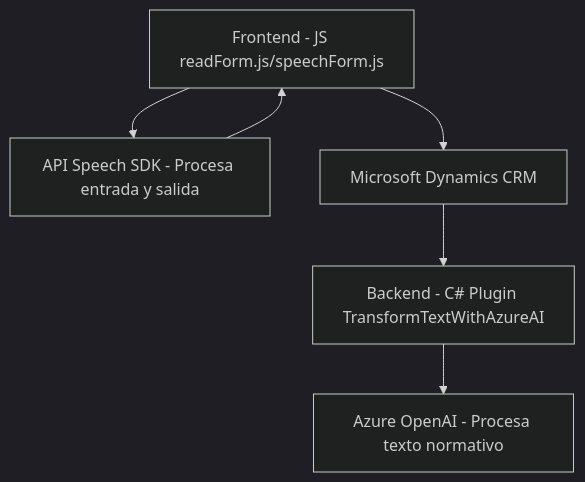
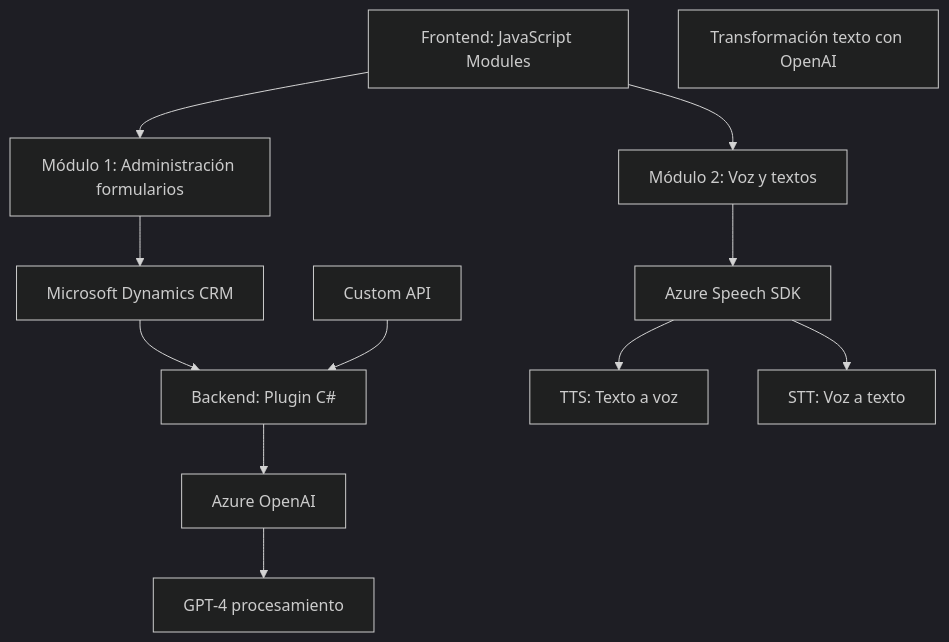
One commit to blopezdm/NETCORE_BILBAO2025 changed the diagram in README.md. Above: the diagram before and after it, drawn with Mermaid (dark theme). The commit also changed other lines of this file, not shown here.

Commit message:
Actualizar análisis global de la solución con IA

````diff
--- a/README.md
+++ b/README.md
@@ -48,14 +43,26 @@
 ```mermaid
 graph TD
-A[Frontend - JS readForm.js/speechForm.js]
-B[Backend - C# Plugin TransformTextWithAzureAI]
-C[API Speech SDK - Procesa entrada y salida]
-D[Azure OpenAI - Procesa texto normativo]
-E[Microsoft Dynamics CRM]
+    A["Frontend: JavaScript Modules"]
+    A1["Módulo 1: Administración formularios"]
+    A2["Módulo 2: Voz y textos"]
+    B["Microsoft Dynamics CRM"]
+    B1["Custom API"]
+    C["Backend: Plugin C#"]
+    C1["Transformación texto con OpenAI"]
+    D["Azure Speech SDK"]
+    D2["TTS: Texto a voz"]
+    D3["STT: Voz a texto"]
+    E["Azure OpenAI"]
+    E1["GPT-4 procesamiento"]
 
-A --> E
-E --> B
-B --> D
-A --> C
-C --> A
+    A --> A1
+    A --> A2
+    A1 --> B
+    A2 --> D
+    D --> D2
+    D --> D3
+    B --> C
+    B1 --> C
+    C --> E
+    E --> E1
 ```
````
